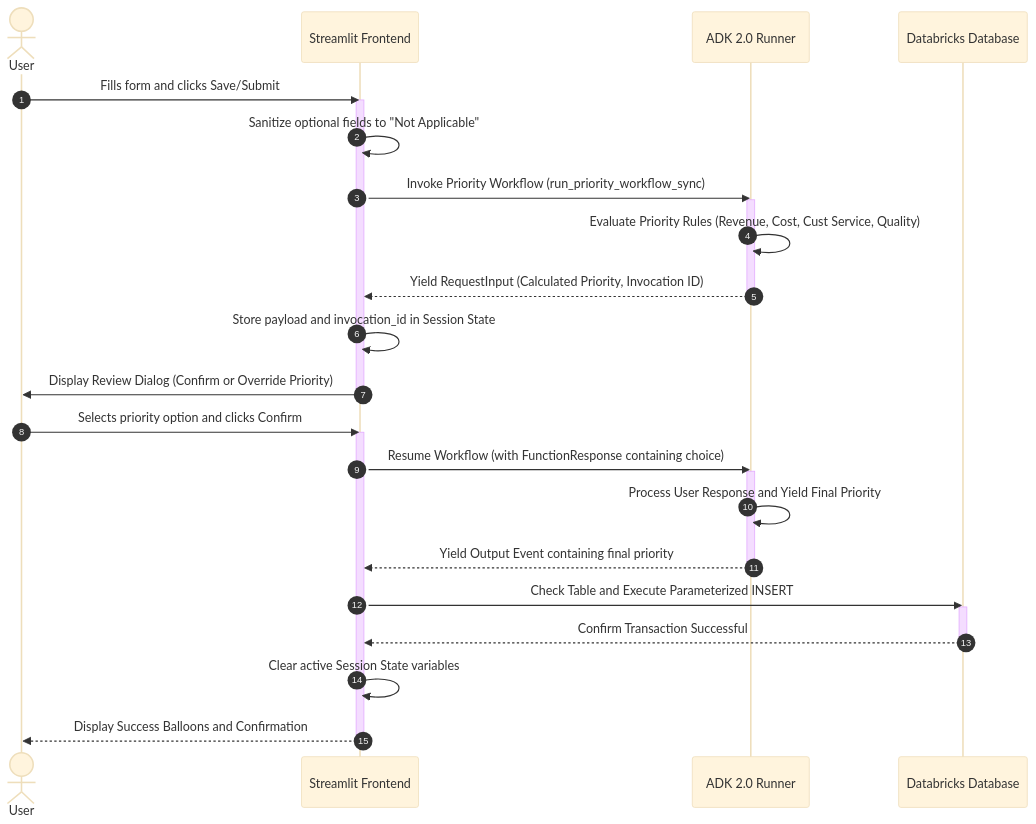
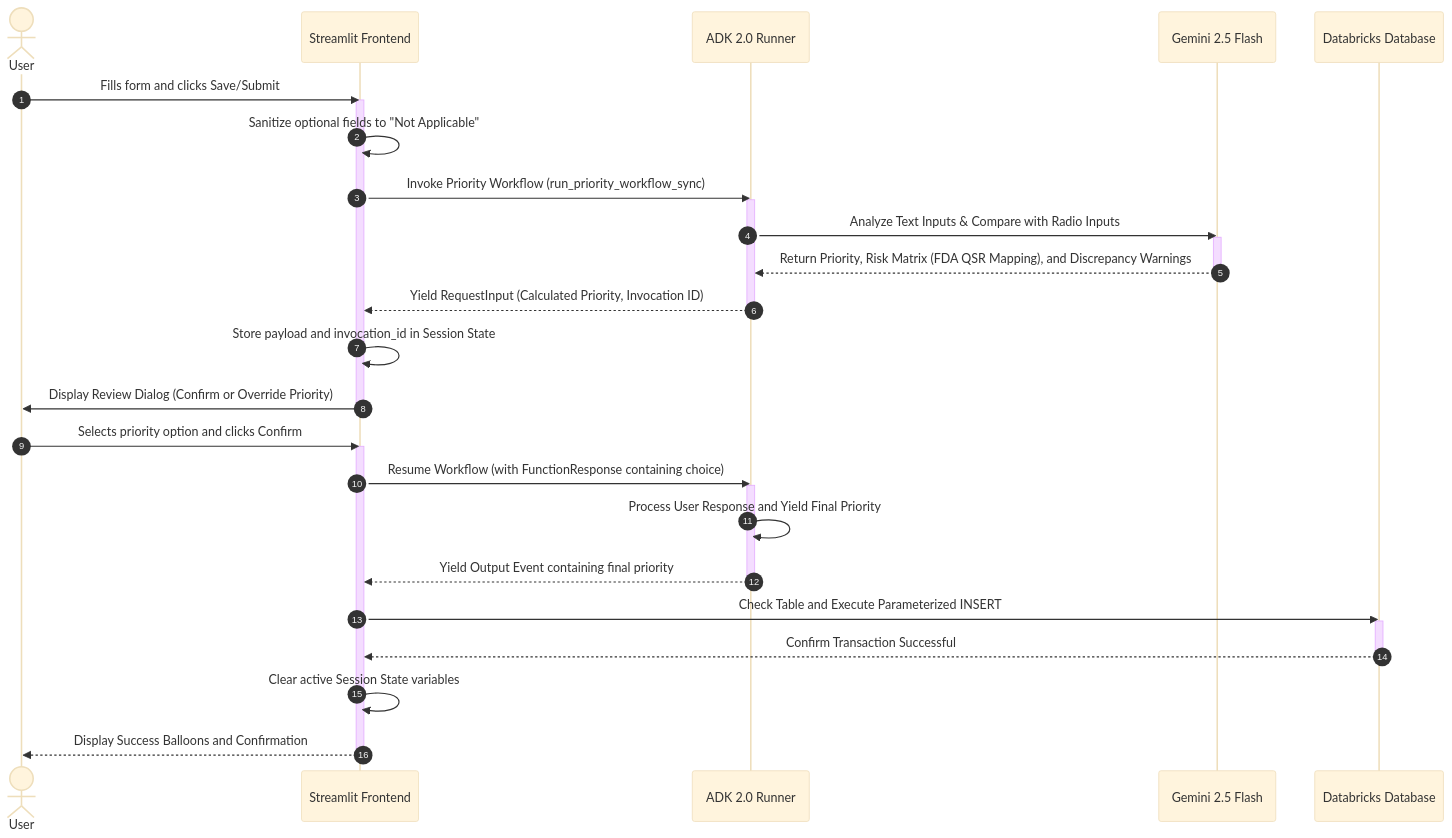
The second of 2 diagrams in system_architecture.md (chss/pm-test1), drawn with Mermaid (base theme) before and after one commit. The commit also changed other lines of this file and 3 other files, not shown here.

Commit message:
Update system architecture, capstone white paper, and README documentation to match LLM-driven Priority Agent features

````diff
--- a/system_architecture.md
+++ b/system_architecture.md
@@ -49,35 +54,39 @@
 ```mermaid
 sequenceDiagram
     autonumber
     actor User
     participant UI as Streamlit Frontend
     participant ADK as ADK 2.0 Runner
+    participant LLM as Gemini 2.5 Flash
     participant DB as Databricks Database
 
     User->>UI: Fills form and clicks Save/Submit
     activate UI
     UI->>UI: Sanitize optional fields to "Not Applicable"
     UI->>ADK: Invoke Priority Workflow (run_priority_workflow_sync)
     activate ADK
-    ADK->>ADK: Evaluate Priority Rules (Revenue, Cost, Cust Service, Quality)
+    ADK->>LLM: Analyze Text Inputs & Compare with Radio Inputs
+    activate LLM
+    LLM-->>ADK: Return Priority, Risk Matrix (FDA QSR Mapping), and Discrepancy Warnings
+    deactivate LLM
     ADK-->>UI: Yield RequestInput (Calculated Priority, Invocation ID)
     deactivate ADK
     UI->>UI: Store payload and invocation_id in Session State
     UI->>User: Display Review Dialog (Confirm or Override Priority)
     deactivate UI
     
     User->>UI: Selects priority option and clicks Confirm
     activate UI
     UI->>ADK: Resume Workflow (with FunctionResponse containing choice)
     activate ADK
     ADK->>ADK: Process User Response and Yield Final Priority
     ADK-->>UI: Yield Output Event containing final priority
     deactivate ADK
     UI->>DB: Check Table and Execute Parameterized INSERT
     activate DB
     DB-->>UI: Confirm Transaction Successful
     deactivate DB
     UI->>UI: Clear active Session State variables
     UI-->>User: Display Success Balloons and Confirmation
     deactivate UI
 ```
````
